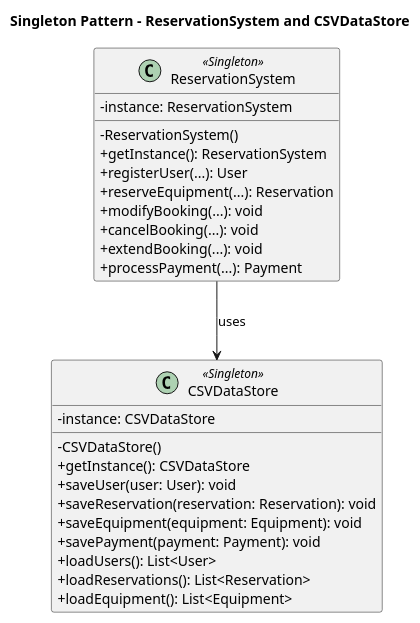
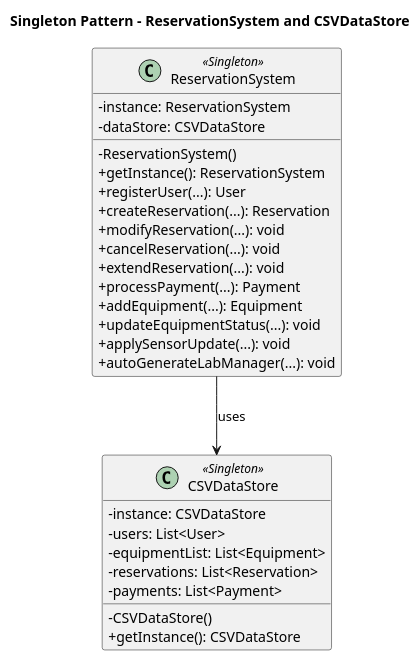
One commit to Decpalm/EECS_3311_Reservation_System changed the diagram in diagrams/plantuml/figure2_singleton.puml. Above: the diagram before and after it, drawn with PlantUML.

```diff
--- a/diagrams/plantuml/figure2_singleton.puml
+++ b/diagrams/plantuml/figure2_singleton.puml
@@ -1,33 +1,35 @@
 @startuml
 title Singleton Pattern - ReservationSystem and CSVDataStore
 
 skinparam classAttributeIconSize 0
 skinparam shadowing false
 
 class ReservationSystem <<Singleton>> {
   - instance: ReservationSystem
+  - dataStore: CSVDataStore
   - ReservationSystem()
   + getInstance(): ReservationSystem
   + registerUser(...): User
-  + reserveEquipment(...): Reservation
-  + modifyBooking(...): void
-  + cancelBooking(...): void
-  + extendBooking(...): void
+  + createReservation(...): Reservation
+  + modifyReservation(...): void
+  + cancelReservation(...): void
+  + extendReservation(...): void
   + processPayment(...): Payment
+  + addEquipment(...): Equipment
+  + updateEquipmentStatus(...): void
+  + applySensorUpdate(...): void
+  + autoGenerateLabManager(...): void
 }
 
 class CSVDataStore <<Singleton>> {
   - instance: CSVDataStore
+  - users: List<User>
+  - equipmentList: List<Equipment>
+  - reservations: List<Reservation>
+  - payments: List<Payment>
   - CSVDataStore()
   + getInstance(): CSVDataStore
-  + saveUser(user: User): void
-  + saveReservation(reservation: Reservation): void
-  + saveEquipment(equipment: Equipment): void
-  + savePayment(payment: Payment): void
-  + loadUsers(): List<User>
-  + loadReservations(): List<Reservation>
-  + loadEquipment(): List<Equipment>
 }
 
 ReservationSystem --> CSVDataStore : uses
 @enduml
```
